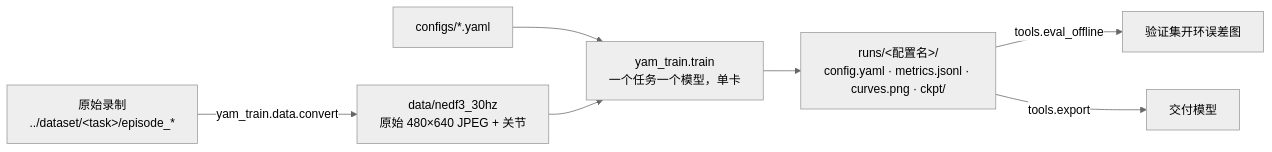
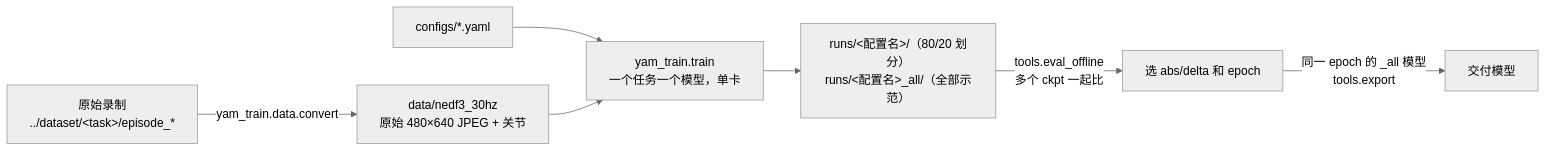
The first of 3 diagrams in docs/07_act_ref.md (FuFutheBest/yam_train), drawn with Mermaid (neutral theme) before and after one commit. The commit also changed other lines of this file and 10 other files, not shown here.

Commit message:
train: long schedule (20000 epochs), multi-ckpt eval_offline, train_all.sh (split + all-data runs)

````diff
--- a/docs/07_act_ref.md
+++ b/docs/07_act_ref.md
@@ -7,9 +7,9 @@
 ```mermaid
 flowchart LR
     RAW["原始录制<br/>../dataset/&lt;task&gt;/episode_*"] -->|"yam_train.data.convert"| D["data/nedf3_30hz<br/>原始 480×640 JPEG + 关节"]
     CFG["configs/*.yaml"] --> T
     D --> T["yam_train.train<br/>一个任务一个模型，单卡"]
-    T --> R["runs/&lt;配置名&gt;/<br/>config.yaml · metrics.jsonl · curves.png · ckpt/"]
-    R -->|"tools.eval_offline"| E["验证集开环误差图"]
-    R -->|"tools.export"| M["交付模型"]
+    T --> R["runs/&lt;配置名&gt;/（80/20 划分）<br/>runs/&lt;配置名&gt;_all/（全部示范）"]
+    R -->|"tools.eval_offline<br/>多个 ckpt 一起比"| E["选 abs/delta 和 epoch"]
+    E -->|"同一 epoch 的 _all 模型<br/>tools.export"| M["交付模型"]
 ```
````
